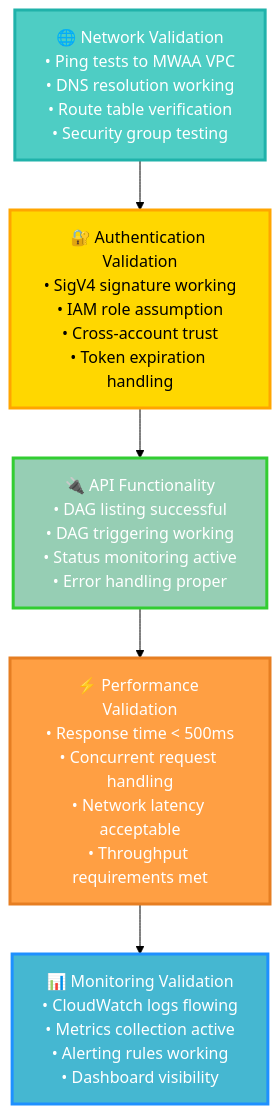
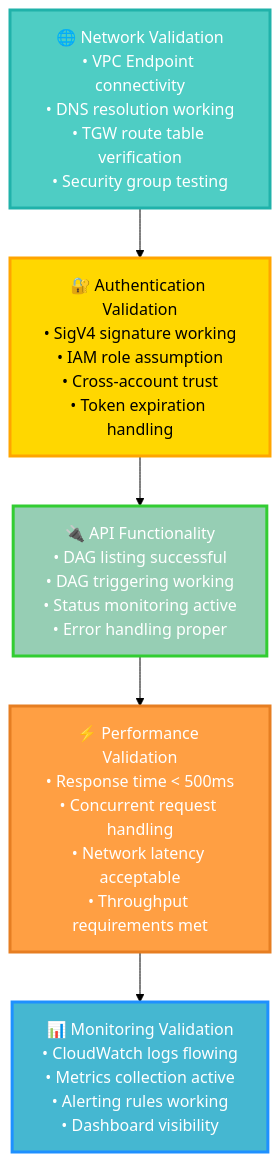
Diagram 12 of 12 in restapi.md (demoq-demo/mwaa), drawn with Mermaid (forest theme) before and after one commit. The commit also changed other lines of this file, not shown here.

````diff
--- a/restapi.md
+++ b/restapi.md
@@ -497,23 +511,23 @@
 ```mermaid
 graph TB
-    NETWORK[🌐 Network Validation<br/>• Ping tests to MWAA VPC<br/>• DNS resolution working<br/>• Route table verification<br/>• Security group testing]:::network
+    NETWORK[🌐 Network Validation<br/>• VPC Endpoint connectivity<br/>• DNS resolution working<br/>• TGW route table verification<br/>• Security group testing]:::network
     
     AUTH[🔐 Authentication Validation<br/>• SigV4 signature working<br/>• IAM role assumption<br/>• Cross-account trust<br/>• Token expiration handling]:::auth
     
     API[🔌 API Functionality<br/>• DAG listing successful<br/>• DAG triggering working<br/>• Status monitoring active<br/>• Error handling proper]:::api
     
     PERF[⚡ Performance Validation<br/>• Response time < 500ms<br/>• Concurrent request handling<br/>• Network latency acceptable<br/>• Throughput requirements met]:::perf
     
     MONITOR[📊 Monitoring Validation<br/>• CloudWatch logs flowing<br/>• Metrics collection active<br/>• Alerting rules working<br/>• Dashboard visibility]:::monitor
     
     NETWORK --> AUTH
     AUTH --> API
     API --> PERF
     PERF --> MONITOR
     
     classDef network fill:#4ECDC4,stroke:#20B2AA,stroke-width:3px,color:#fff
     classDef auth fill:#FFD700,stroke:#FFA500,stroke-width:3px,color:#000
     classDef api fill:#96CEB4,stroke:#32CD32,stroke-width:3px,color:#fff
     classDef perf fill:#FF9F43,stroke:#E67E22,stroke-width:3px,color:#fff
     classDef monitor fill:#45B7D1,stroke:#1E90FF,stroke-width:3px,color:#fff
 ```
````
